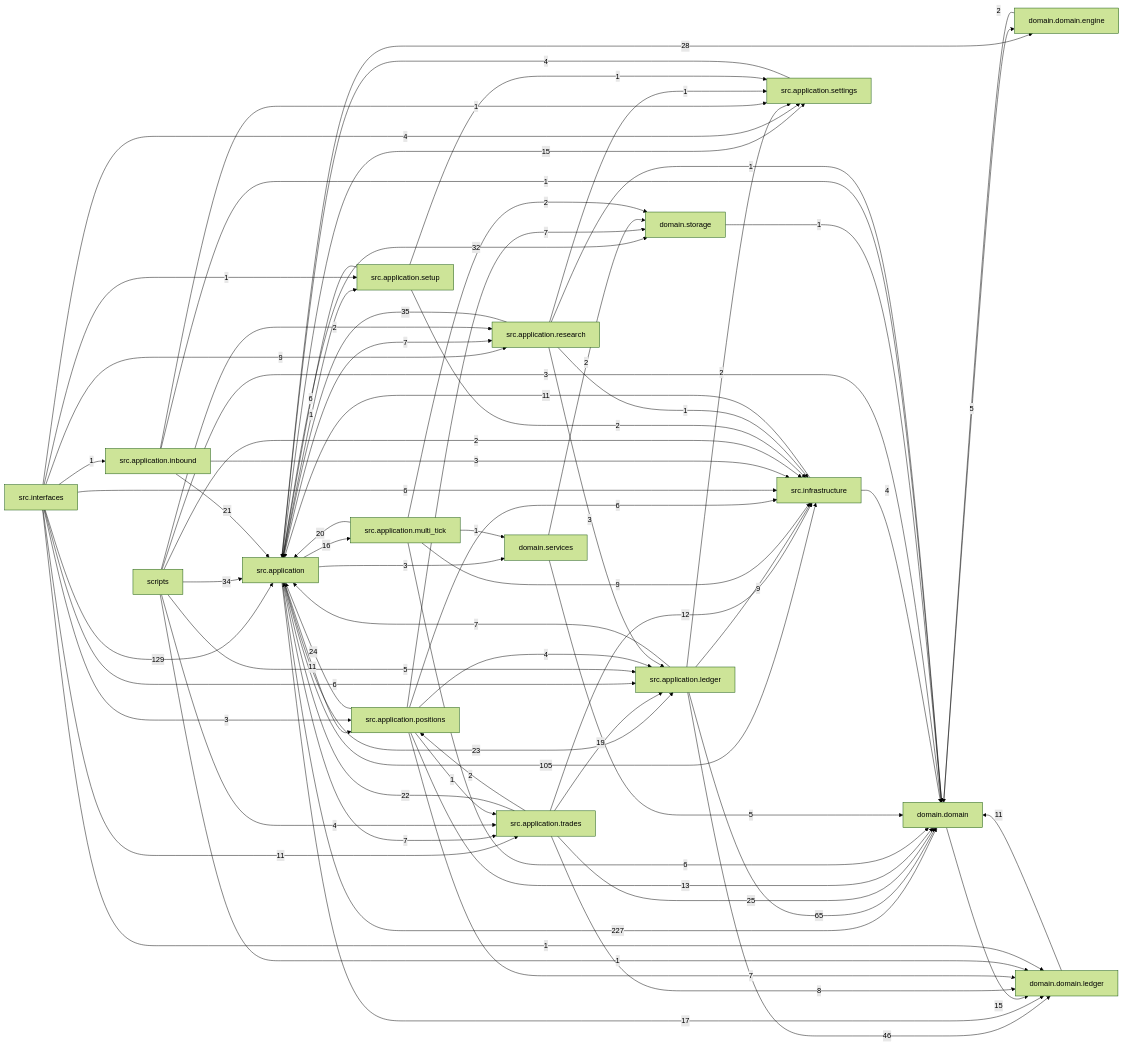
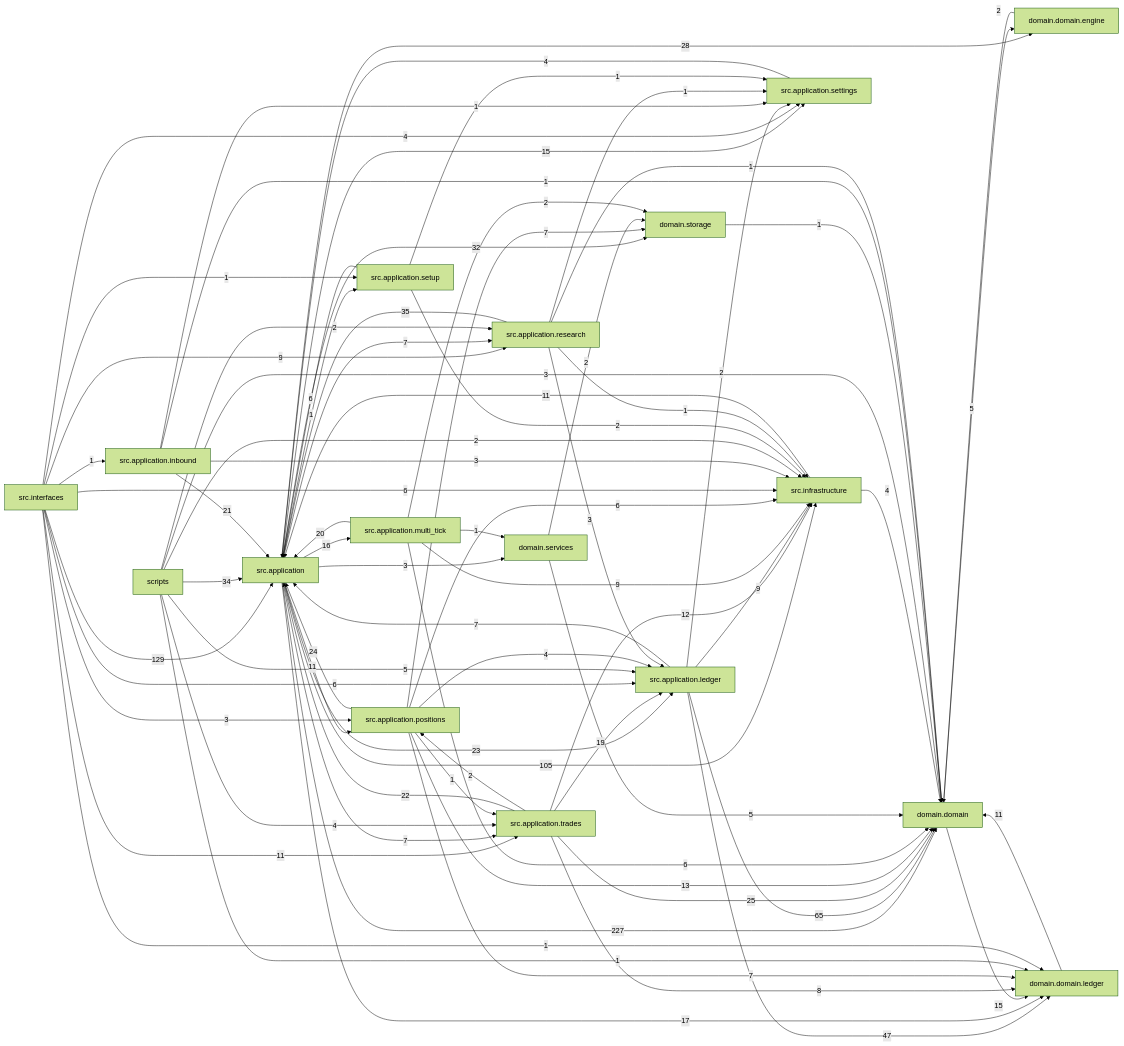
Before and after one commit to liuxie066/options-monitor: the diagram in docs/dependency_graph.mmd, drawn with Mermaid (forest theme). The commit also changed 12 other files, not shown here.

```diff
--- a/docs/dependency_graph.mmd
+++ b/docs/dependency_graph.mmd
@@ -1,76 +1,76 @@
 flowchart LR
   src_application["src.application"] -->|227| domain_domain["domain.domain"]
   src_interfaces["src.interfaces"] -->|129| src_application["src.application"]
   src_application["src.application"] -->|105| src_infrastructure["src.infrastructure"]
   src_application_ledger["src.application.ledger"] -->|65| domain_domain["domain.domain"]
-  src_application_ledger["src.application.ledger"] -->|46| domain_domain_ledger["domain.domain.ledger"]
+  src_application_ledger["src.application.ledger"] -->|47| domain_domain_ledger["domain.domain.ledger"]
   src_application_research["src.application.research"] -->|35| src_application["src.application"]
   scripts["scripts"] -->|34| src_application["src.application"]
   src_application["src.application"] -->|32| domain_storage["domain.storage"]
   src_application["src.application"] -->|28| domain_domain_engine["domain.domain.engine"]
   src_application_trades["src.application.trades"] -->|25| domain_domain["domain.domain"]
   src_application_positions["src.application.positions"] -->|24| src_application["src.application"]
   src_application["src.application"] -->|23| src_application_ledger["src.application.ledger"]
   src_application_trades["src.application.trades"] -->|22| src_application["src.application"]
   src_application_inbound["src.application.inbound"] -->|21| src_application["src.application"]
   src_application_multi_tick["src.application.multi_tick"] -->|20| src_application["src.application"]
   src_application_trades["src.application.trades"] -->|19| src_application_ledger["src.application.ledger"]
   src_application["src.application"] -->|17| domain_domain_ledger["domain.domain.ledger"]
   src_application["src.application"] -->|16| src_application_multi_tick["src.application.multi_tick"]
   domain_domain["domain.domain"] -->|15| domain_domain_ledger["domain.domain.ledger"]
   src_application["src.application"] -->|15| src_application_settings["src.application.settings"]
   src_application_positions["src.application.positions"] -->|13| domain_domain["domain.domain"]
   src_application_trades["src.application.trades"] -->|12| src_infrastructure["src.infrastructure"]
   domain_domain_ledger["domain.domain.ledger"] -->|11| domain_domain["domain.domain"]
   src_application["src.application"] -->|11| src_application_positions["src.application.positions"]
   src_infrastructure["src.infrastructure"] -->|11| src_application["src.application"]
   src_interfaces["src.interfaces"] -->|11| src_application_trades["src.application.trades"]
   src_application_ledger["src.application.ledger"] -->|9| src_infrastructure["src.infrastructure"]
   src_application_multi_tick["src.application.multi_tick"] -->|9| src_infrastructure["src.infrastructure"]
   src_interfaces["src.interfaces"] -->|9| src_application_research["src.application.research"]
   src_application_trades["src.application.trades"] -->|8| domain_domain_ledger["domain.domain.ledger"]
   src_application["src.application"] -->|7| src_application_research["src.application.research"]
   src_application["src.application"] -->|7| src_application_trades["src.application.trades"]
   src_application_ledger["src.application.ledger"] -->|7| src_application["src.application"]
   src_application_positions["src.application.positions"] -->|7| domain_domain_ledger["domain.domain.ledger"]
   src_application_positions["src.application.positions"] -->|7| domain_storage["domain.storage"]
   src_application_multi_tick["src.application.multi_tick"] -->|6| domain_domain["domain.domain"]
   src_application_positions["src.application.positions"] -->|6| src_infrastructure["src.infrastructure"]
   src_application_setup["src.application.setup"] -->|6| src_application["src.application"]
   src_interfaces["src.interfaces"] -->|6| src_application_ledger["src.application.ledger"]
   src_interfaces["src.interfaces"] -->|6| src_infrastructure["src.infrastructure"]
   domain_domain["domain.domain"] -->|5| domain_domain_engine["domain.domain.engine"]
   domain_services["domain.services"] -->|5| domain_domain["domain.domain"]
   scripts["scripts"] -->|5| src_application_ledger["src.application.ledger"]
   scripts["scripts"] -->|4| src_application_trades["src.application.trades"]
   src_application_positions["src.application.positions"] -->|4| src_application_ledger["src.application.ledger"]
   src_application_settings["src.application.settings"] -->|4| src_application["src.application"]
   src_infrastructure["src.infrastructure"] -->|4| domain_domain["domain.domain"]
   src_interfaces["src.interfaces"] -->|4| src_application_settings["src.application.settings"]
   scripts["scripts"] -->|3| domain_domain["domain.domain"]
   src_application["src.application"] -->|3| domain_services["domain.services"]
   src_application_inbound["src.application.inbound"] -->|3| src_infrastructure["src.infrastructure"]
   src_application_research["src.application.research"] -->|3| src_application_ledger["src.application.ledger"]
   src_interfaces["src.interfaces"] -->|3| src_application_positions["src.application.positions"]
   domain_domain_engine["domain.domain.engine"] -->|2| domain_domain["domain.domain"]
   domain_services["domain.services"] -->|2| domain_storage["domain.storage"]
   scripts["scripts"] -->|2| src_application_research["src.application.research"]
   scripts["scripts"] -->|2| src_infrastructure["src.infrastructure"]
   src_application_ledger["src.application.ledger"] -->|2| src_application_settings["src.application.settings"]
   src_application_multi_tick["src.application.multi_tick"] -->|2| domain_storage["domain.storage"]
   src_application_setup["src.application.setup"] -->|2| src_infrastructure["src.infrastructure"]
   src_application_trades["src.application.trades"] -->|2| src_application_positions["src.application.positions"]
   domain_storage["domain.storage"] -->|1| domain_domain["domain.domain"]
   scripts["scripts"] -->|1| domain_domain_ledger["domain.domain.ledger"]
   src_application["src.application"] -->|1| src_application_setup["src.application.setup"]
   src_application_inbound["src.application.inbound"] -->|1| domain_domain["domain.domain"]
   src_application_inbound["src.application.inbound"] -->|1| src_application_settings["src.application.settings"]
   src_application_multi_tick["src.application.multi_tick"] -->|1| domain_services["domain.services"]
   src_application_positions["src.application.positions"] -->|1| src_application_trades["src.application.trades"]
   src_application_research["src.application.research"] -->|1| domain_domain["domain.domain"]
   src_application_research["src.application.research"] -->|1| src_application_settings["src.application.settings"]
   src_application_research["src.application.research"] -->|1| src_infrastructure["src.infrastructure"]
   src_application_setup["src.application.setup"] -->|1| src_application_settings["src.application.settings"]
   src_interfaces["src.interfaces"] -->|1| domain_domain_ledger["domain.domain.ledger"]
   src_interfaces["src.interfaces"] -->|1| src_application_inbound["src.application.inbound"]
   src_interfaces["src.interfaces"] -->|1| src_application_setup["src.application.setup"]
```
